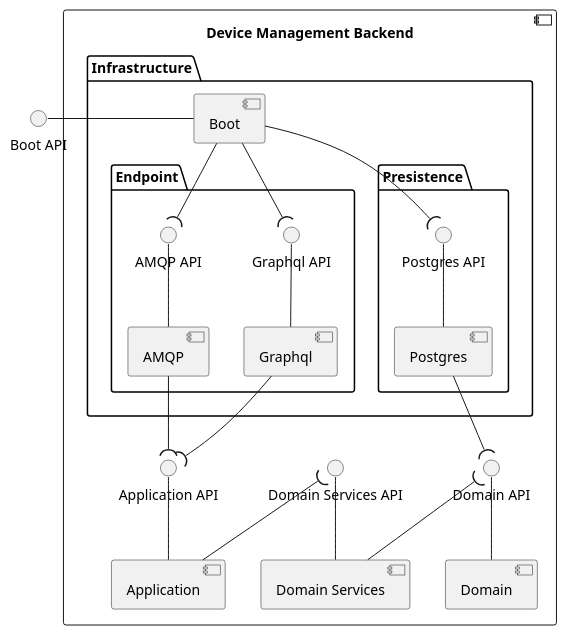
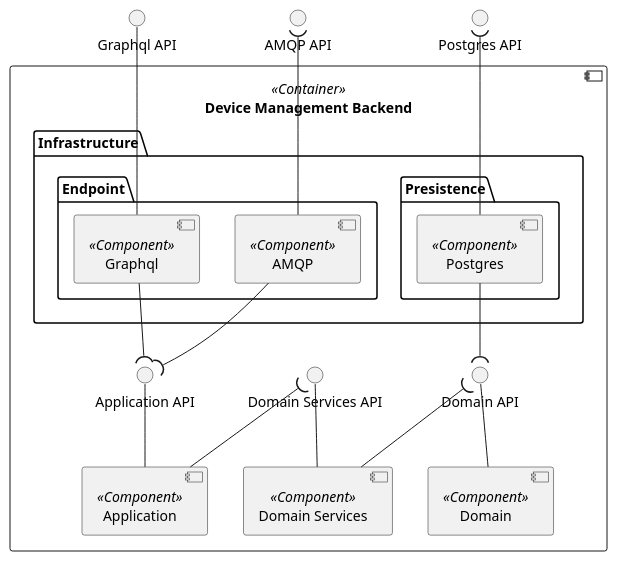
Before and after one commit to FilipeMCruz/dissertation: the diagram in assets/diagrams/design/architectural/level3/logical/device-management-backend.pu, drawn with PlantUML. The commit also changed 165 other files, not shown here.

Commit message:
Fixed level 3 of design and some diagrams here and there

```diff
--- a/assets/diagrams/design/architectural/level3/logical/device-management-backend.pu
+++ b/assets/diagrams/design/architectural/level3/logical/device-management-backend.pu
@@ -1,48 +1,43 @@
 @startuml device-management-backend
 
-interface "Boot API" as BOOT_API
+interface "Graphql API" as GRAPH_API
+interface "AMQP API" as AMQP_API
 
-component "Device Management Backend" {
-    component "Application" as APP
-    component "Domain" as DOM
-    component "Domain Services" as DOM_SERV
+interface "Postgres API" as POSTG_API
+
+component "Device Management Backend" <<Container>> {
+    component "Application" as APP <<Component>>
+    component "Domain" as DOM <<Component>>
+    component "Domain Services" as DOM_SERV <<Component>>
     folder "Infrastructure" as INFRA {
-        component "Boot" as BOOT
         folder "Presistence" as PERSIST {
-            component "Postgres" as POSTG
-            interface "Postgres API" as POSTG_API
+            component "Postgres" as POSTG <<Component>>
         }
         folder "Endpoint" as ENDPOINT {
-            component "Graphql" as GRAPH
-            component "AMQP" as AMQP
-            interface "Graphql API" as GRAPH_API
-            interface "AMQP API" as AMQP_API
+            component "Graphql" as GRAPH <<Component>>
+            component "AMQP" as AMQP <<Component>>
         }
     }
 
     interface "Application API" as APP_API
     interface "Domain API" as DOM_API
     interface "Domain Services API" as DOM_SERV_API
 
     GRAPH_API -- GRAPH
     DOM_API -- DOM
     DOM_SERV_API -- DOM_SERV
 
-    POSTG_API -- POSTG
-    AMQP_API -- AMQP
+    POSTG_API )-- POSTG
+    AMQP_API )-- AMQP
     APP_API -- APP
-    BOOT_API - BOOT
 
     AMQP --( APP_API
     POSTG --( DOM_API
     GRAPH --( APP_API
     ' APP --( DOM_SERV_API
     DOM_SERV_API )-- APP
     DOM_API )-- DOM_SERV
     'DOM_SERV --( DOM_API
-    BOOT --( GRAPH_API
-    BOOT --( POSTG_API
-    BOOT --( AMQP_API
 }
 
 @enduml
```
